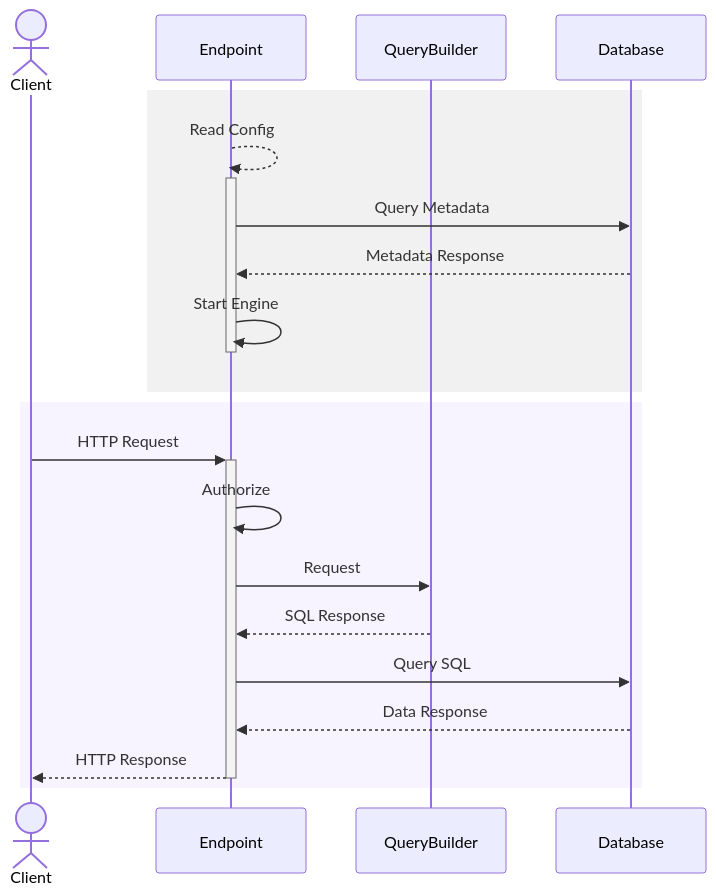
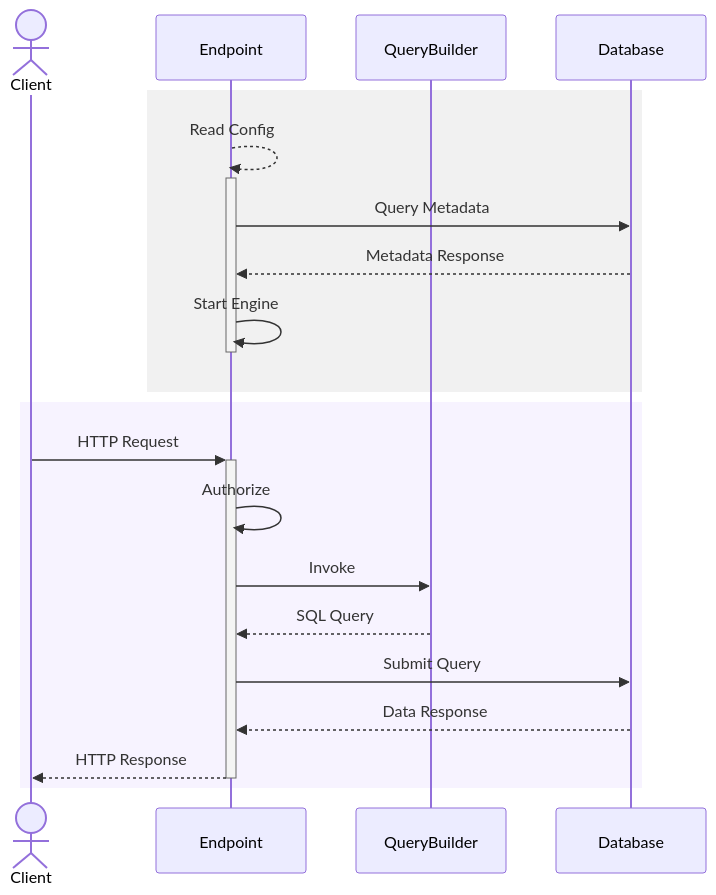
Before and after one commit to Azure/data-api-builder: the diagram in README.md, drawn with Mermaid.

Commit message:
Submit query

````diff
--- a/README.md
+++ b/README.md
@@ -260,26 +260,26 @@
 ```mermaid
 sequenceDiagram
   actor Client as Client
   participant Endpoint as Endpoint
   participant QueryBuilder as QueryBuilder
   participant DB as Database
 
   %% Initialization / Warming up section (light grey)
   rect rgba(120,120,120,0.10)
     Endpoint -->>+ Endpoint: Read Config
     Endpoint ->> DB: Query Metadata
     DB -->> Endpoint: Metadata Response
     Endpoint ->>- Endpoint: Start Engine
   end
 
   %% Request/Response section (very light purple)
   rect rgba(180,150,255,0.11)
     Client ->>+ Endpoint: HTTP Request
       Endpoint ->> Endpoint: Authorize
-    Endpoint ->> QueryBuilder: Request
-    QueryBuilder -->> Endpoint: SQL Response
-      Endpoint ->> DB: Query SQL
+    Endpoint ->> QueryBuilder: Invoke
+    QueryBuilder -->> Endpoint: SQL Query
+      Endpoint ->> DB: Submit Query
       DB -->> Endpoint: Data Response
     Endpoint -->>- Client: HTTP Response
   end
 ```
````
